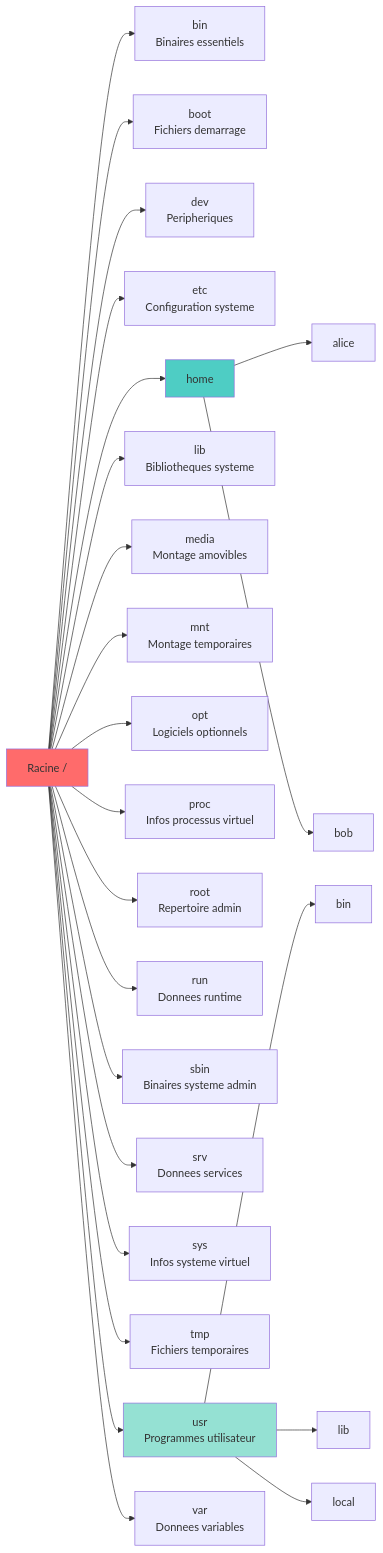
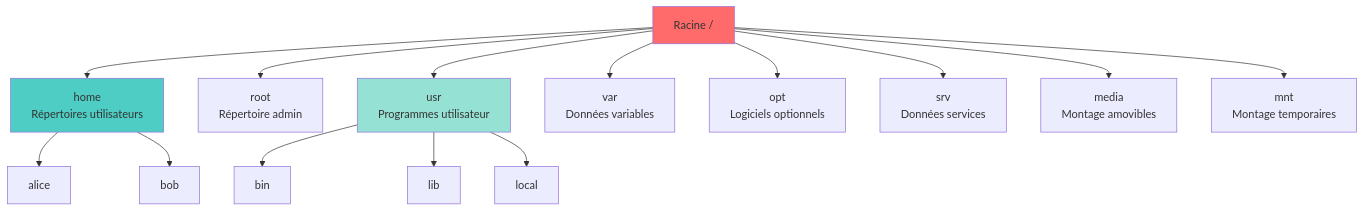
Before and after one commit to JSurquin/kibana2: the third of 3 diagrams in pages/01-introduction-unix-linux.md, drawn with Mermaid. The commit also changed other lines of this file, not shown here.

````diff
--- a/pages/01-introduction-unix-linux.md
+++ b/pages/01-introduction-unix-linux.md
@@ -272,31 +301,21 @@
 ```mermaid
-graph LR
+graph TD
     ROOT["Racine /"]
-    ROOT --> BIN["bin<br/>Binaires essentiels"]
-    ROOT --> BOOT["boot<br/>Fichiers demarrage"]
-    ROOT --> DEV["dev<br/>Peripheriques"]
-    ROOT --> ETC["etc<br/>Configuration systeme"]
-    ROOT --> HOME["home"]
+    ROOT --> HOME["home<br/>Répertoires utilisateurs"]
     HOME --> ALICE["alice"]
     HOME --> BOB["bob"]
-    ROOT --> LIB["lib<br/>Bibliotheques systeme"]
-    ROOT --> MEDIA["media<br/>Montage amovibles"]
-    ROOT --> MNT["mnt<br/>Montage temporaires"]
-    ROOT --> OPT["opt<br/>Logiciels optionnels"]
-    ROOT --> PROC["proc<br/>Infos processus virtuel"]
-    ROOT --> ROOTDIR["root<br/>Repertoire admin"]
-    ROOT --> RUN["run<br/>Donnees runtime"]
-    ROOT --> SBIN["sbin<br/>Binaires systeme admin"]
-    ROOT --> SRV["srv<br/>Donnees services"]
-    ROOT --> SYS["sys<br/>Infos systeme virtuel"]
-    ROOT --> TMP["tmp<br/>Fichiers temporaires"]
+    ROOT --> ROOTDIR["root<br/>Répertoire admin"]
     ROOT --> USR["usr<br/>Programmes utilisateur"]
     USR --> USRBIN["bin"]
     USR --> USRLIB["lib"]
     USR --> USRLOCAL["local"]
-    ROOT --> VAR["var<br/>Donnees variables"]
+    ROOT --> VAR["var<br/>Données variables"]
+    ROOT --> OPT["opt<br/>Logiciels optionnels"]
+    ROOT --> SRV["srv<br/>Données services"]
+    ROOT --> MEDIA["media<br/>Montage amovibles"]
+    ROOT --> MNT["mnt<br/>Montage temporaires"]
     
     style ROOT fill:#ff6b6b
     style HOME fill:#4ecdc4
     style USR fill:#95e1d3
 ```
````
